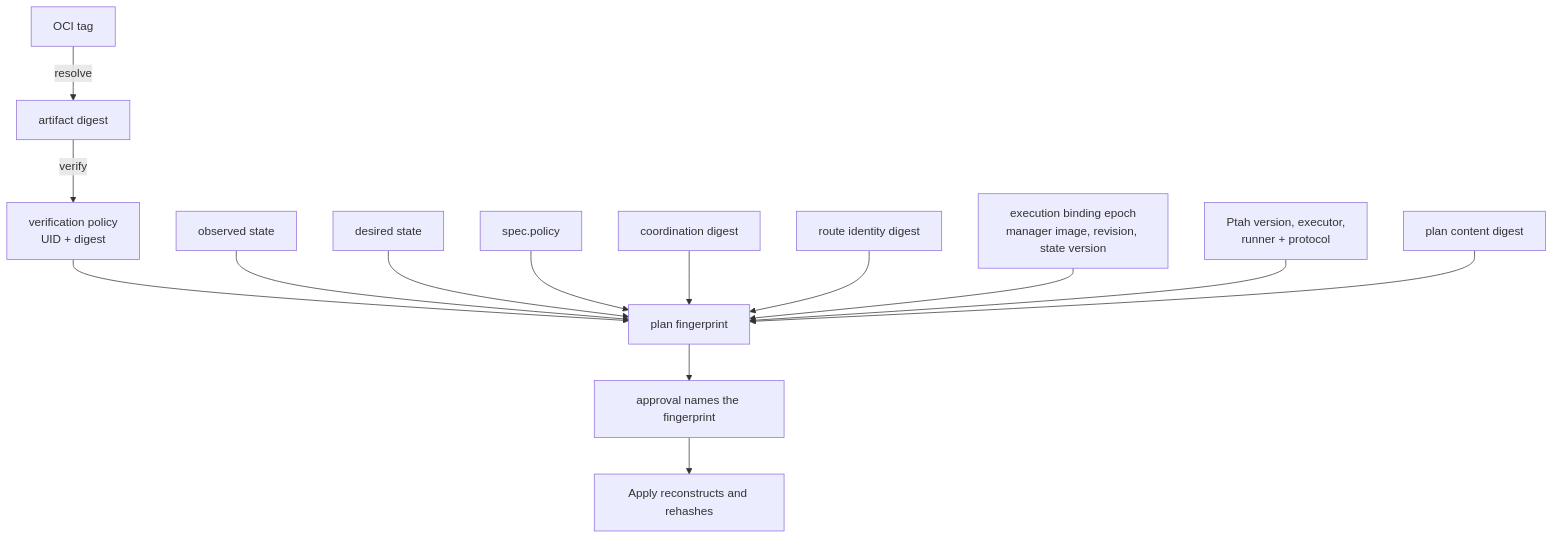
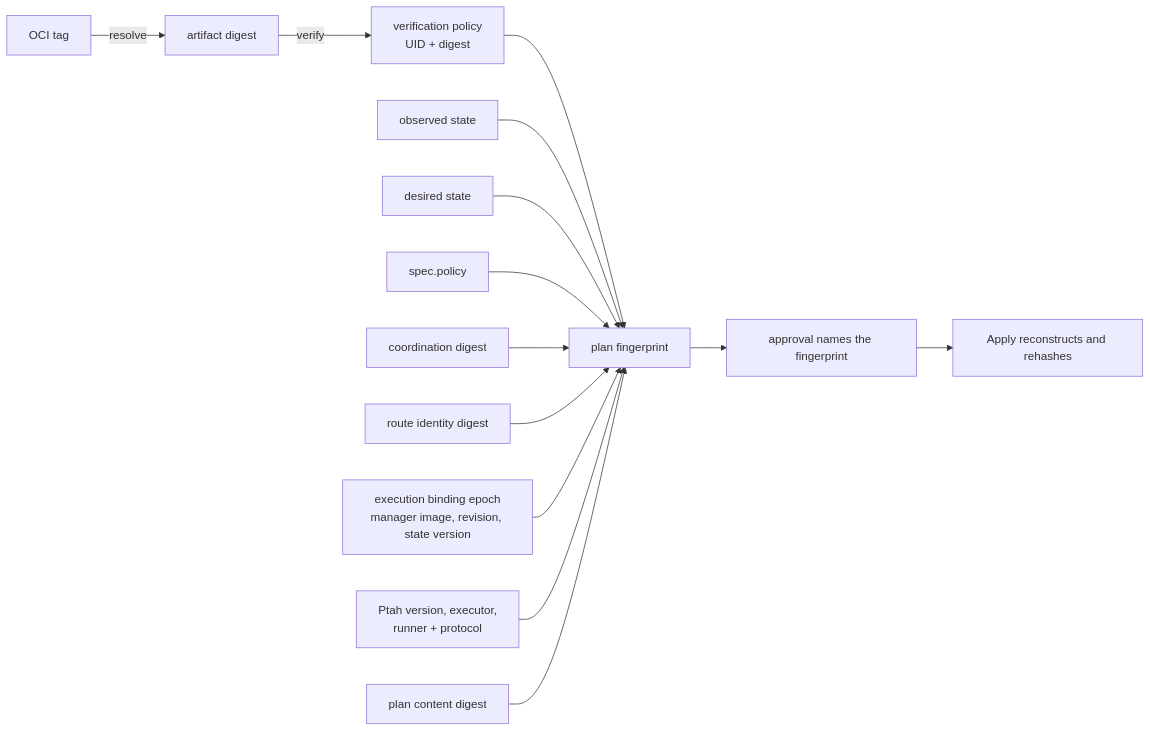
Before and after one commit to stokaro/ptah-operator: the fifth of 5 diagrams in docs/site/src/content/docs/reference/architecture.md, drawn with Mermaid. The commit also changed other lines of this file and 1 other file, not shown here.

````diff
--- a/docs/site/src/content/docs/reference/architecture.md
+++ b/docs/site/src/content/docs/reference/architecture.md
@@ -328,16 +328,16 @@
 ```mermaid
-flowchart TD
+flowchart LR
   tag["OCI tag"] -->|resolve| digest["artifact digest"]
   digest -->|verify| policy["verification policy<br/>UID + digest"]
   policy --> plan["plan fingerprint"]
   observed["observed state"] --> plan
   desired["desired state"] --> plan
   reconcile["spec.policy"] --> plan
   realm["coordination digest"] --> plan
   route["route identity digest"] --> plan
   epoch["execution binding epoch<br/>manager image, revision, state version"] --> plan
   ptah["Ptah version, executor,<br/>runner + protocol"] --> plan
   bytes["plan content digest"] --> plan
   plan --> approval["approval names the fingerprint"]
   approval --> apply["Apply reconstructs and rehashes"]
 ```
````
